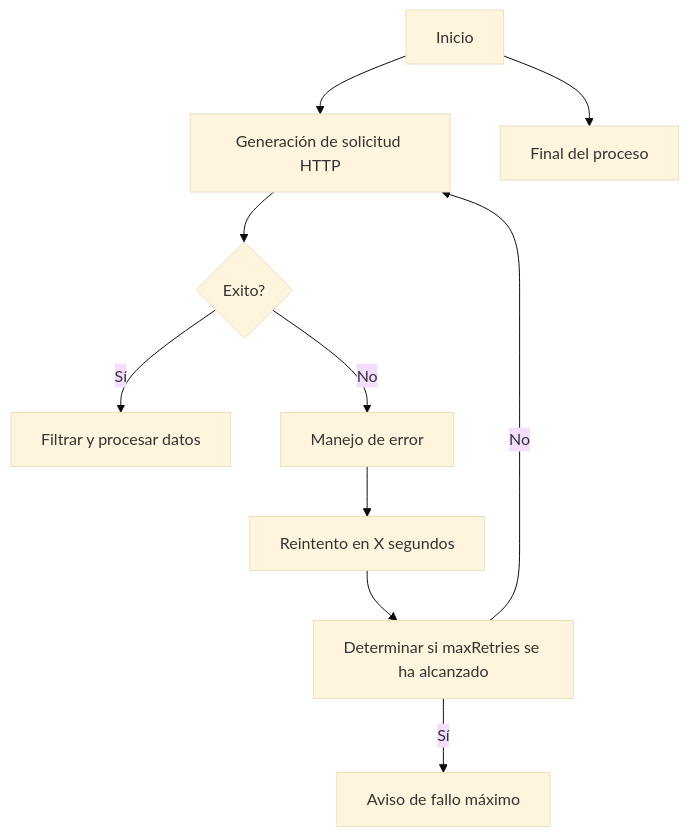
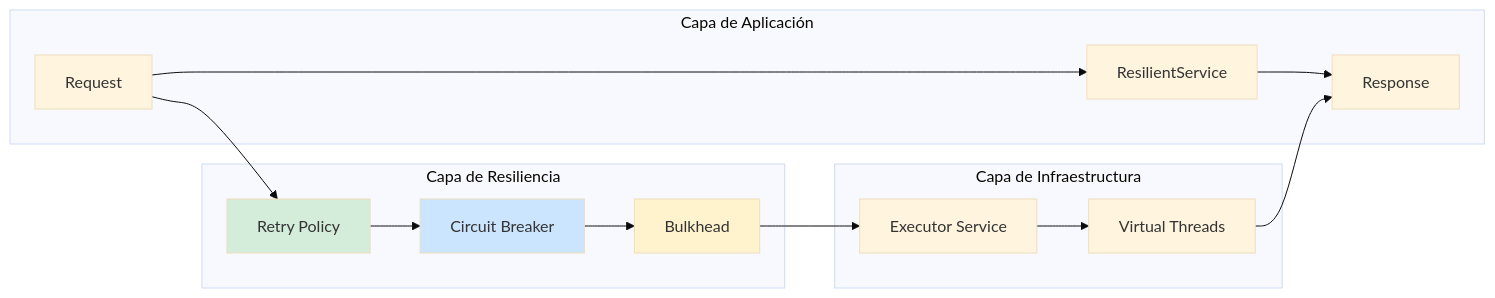
The second of 3 diagrams in _Review/patrones_de_reintento_y_manejo_de_fallos/patrones_de_reintento_y_manejo_de_fallos.md (Joaquinriosheredia/DAM-Java-Mastery), drawn with Mermaid (base theme) before and after one commit. The commit also changed other lines of this file, not shown here.

Commit message:
patrones_de_reintento_y_manejo_de_fallos.md

````diff
--- a/_Review/patrones_de_reintento_y_manejo_de_fallos/patrones_de_reintento_y_manejo_de_fallos.md
+++ b/_Review/patrones_de_reintento_y_manejo_de_fallos/patrones_de_reintento_y_manejo_de_fallos.md
@@ -705,12 +148,29 @@
 ```mermaid
-graph TD
-A[Inicio] --> B[Generación de solicitud HTTP]
-B --> C{Exito?}
-C -- Sí --> D[Filtrar y procesar datos]
-C -- No --> E[Manejo de error]
-E --> F[Reintento en X segundos]
-F --> G[Determinar si maxRetries se ha alcanzado]
-G -- No --> B
-G -- Sí --> H[Aviso de fallo máximo]
-A --> I[Final del proceso]
+graph LR
+    subgraph "Capa de Aplicación"
+        REQ[Request] --> SVC[ResilientService]
+        SVC --> RESP[Response]
+    end
+    
+    subgraph "Capa de Resiliencia"
+        RETRY[Retry Policy]
+        CB[Circuit Breaker]
+        BH[Bulkhead]
+    end
+    
+    subgraph "Capa de Infraestructura"
+        VT[Virtual Threads]
+        EXEC[Executor Service]
+    end
+    
+    REQ --> RETRY
+    RETRY --> CB
+    CB --> BH
+    BH --> EXEC
+    EXEC --> VT
+    VT --> RESP
+    
+    style RETRY fill:#d4edda
+    style CB fill:#cce5ff
+    style BH fill:#fff3cd
 ```
````
